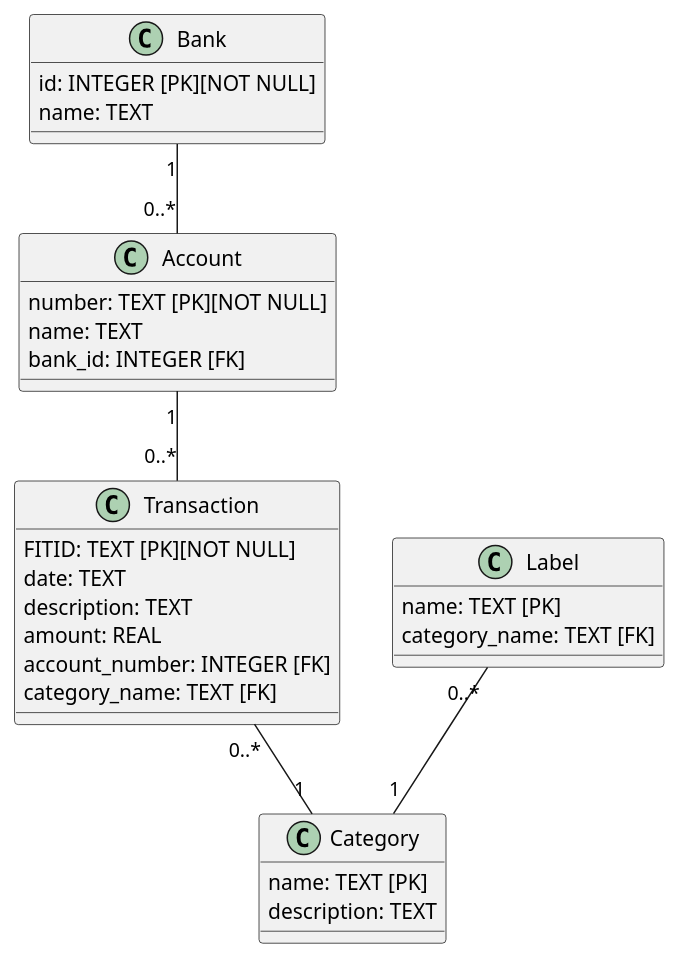
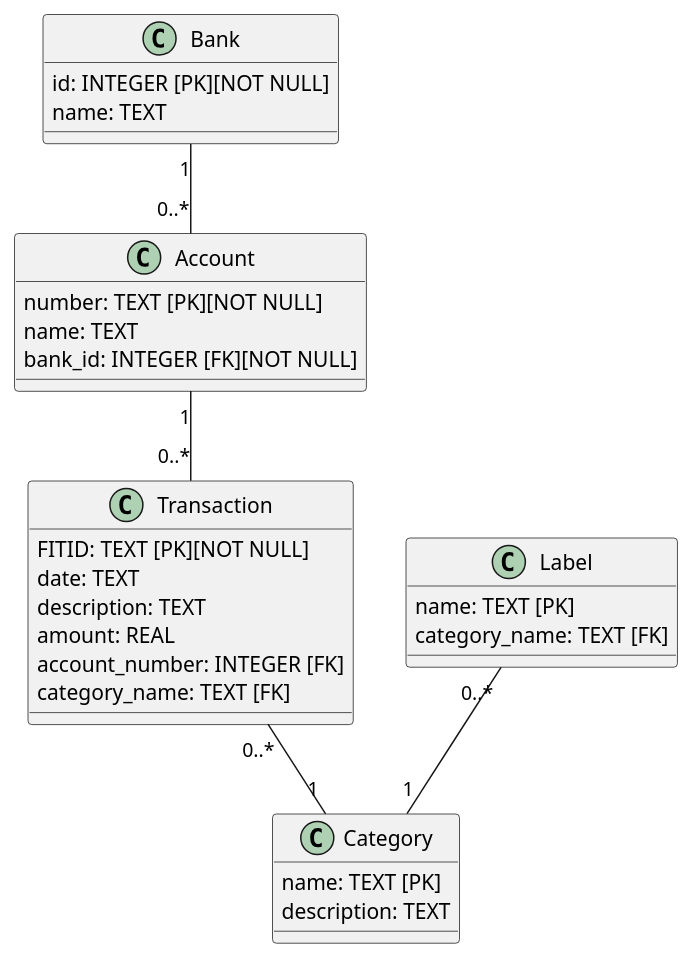
The diagram in source/doc/database_project.class.plantuml (nboutin/buba_engine), drawn with PlantUML before and after one commit. The commit also changed 1 other file, not shown here.

Commit message:
account column bank_id is not null

```diff
--- a/source/doc/database_project.class.plantuml
+++ b/source/doc/database_project.class.plantuml
@@ -1,40 +1,40 @@
 @startuml
 
 class Bank {
 	id: INTEGER [PK][NOT NULL]
 	name: TEXT
 }
 
 class Account {
 	number: TEXT [PK][NOT NULL]
 	name: TEXT
-	bank_id: INTEGER [FK]
+	bank_id: INTEGER [FK][NOT NULL]
 }
 
 class Transaction {
 	'Financial Institut Transaction ID
 	FITID: TEXT [PK][NOT NULL]
 	date: TEXT
 	description: TEXT
 	amount: REAL
 	account_number: INTEGER [FK]
 	category_name: TEXT [FK]
 }
 
 class Label {
 	name: TEXT [PK]
 	category_name: TEXT [FK]
 }
 
 class Category {
 	name: TEXT [PK]
 	description: TEXT
 }
 
 
 Bank "1" -- "0..*" Account
 Account "1" -- "0..*" Transaction
 Transaction "0..*" -- "1" Category
 Label "0..*" -- "1" Category
 
 @enduml
```
